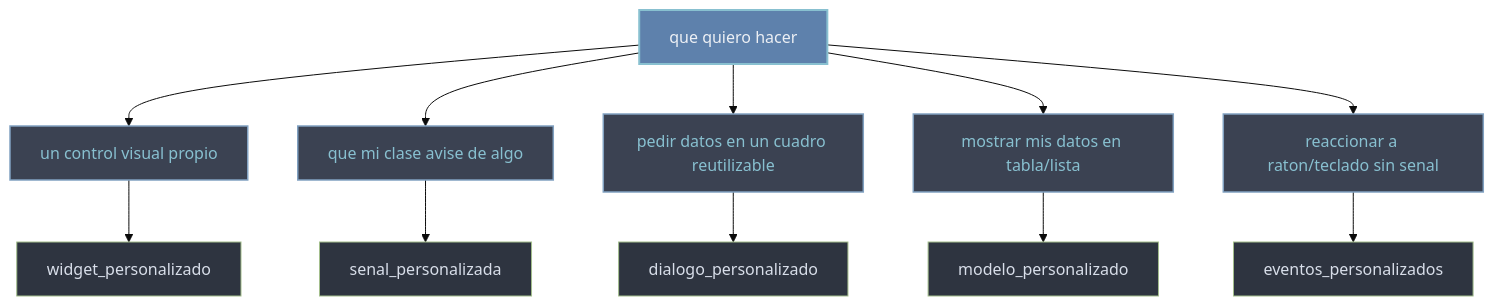
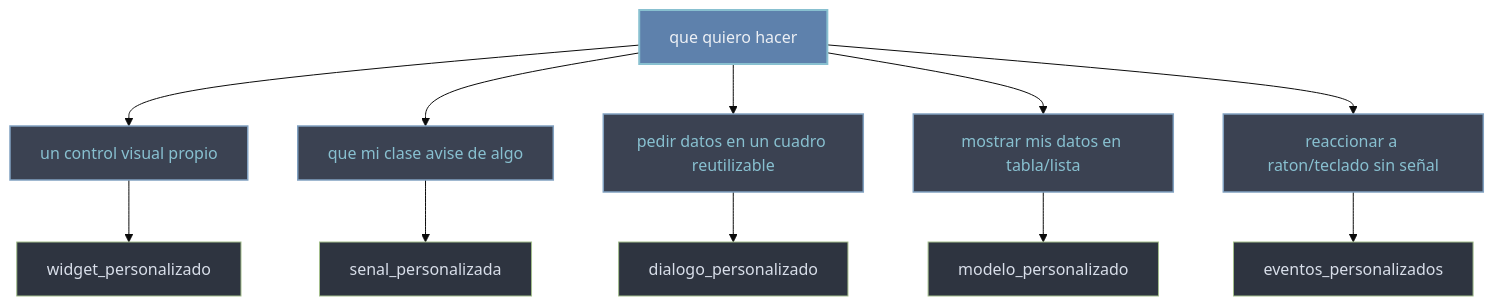
One commit to Pineapple-Mikael-Engineer/Python_Obsidian changed the diagram in Librerias/PyQt6/patrones/index.md. Above: the diagram before and after it, drawn with Mermaid (base theme). The commit also changed other lines of this file and 85 other files, not shown here.

````diff
--- a/Librerias/PyQt6/patrones/index.md
+++ b/Librerias/PyQt6/patrones/index.md
@@ -38,21 +38,21 @@
 ```mermaid
 flowchart TD
     Q["que quiero hacer"] --> V["un control visual propio"]
     Q --> S["que mi clase avise de algo"]
     Q --> D["pedir datos en un cuadro reutilizable"]
     Q --> M["mostrar mis datos en tabla/lista"]
-    Q --> E["reaccionar a raton/teclado sin senal"]
+    Q --> E["reaccionar a raton/teclado sin señal"]
 
     V --> WP["widget_personalizado"]
     S --> SP["senal_personalizada"]
     D --> DP["dialogo_personalizado"]
     M --> MP["modelo_personalizado"]
     E --> EP["eventos_personalizados"]
 
     classDef base fill:#5e81ac,stroke:#88c0d0,stroke-width:2px,color:#eceff4;
     classDef grupo fill:#3b4252,stroke:#81a1c1,stroke-width:1.5px,color:#88c0d0;
     classDef hoja fill:#2e3440,stroke:#a3be8c,color:#d8dee9;
     class Q base;
     class V,S,D,M,E grupo;
     class WP,SP,DP,MP,EP hoja;
 ```
````
